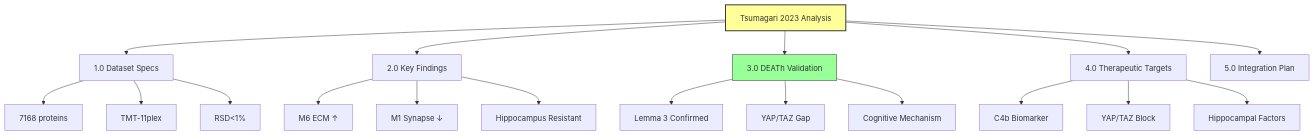
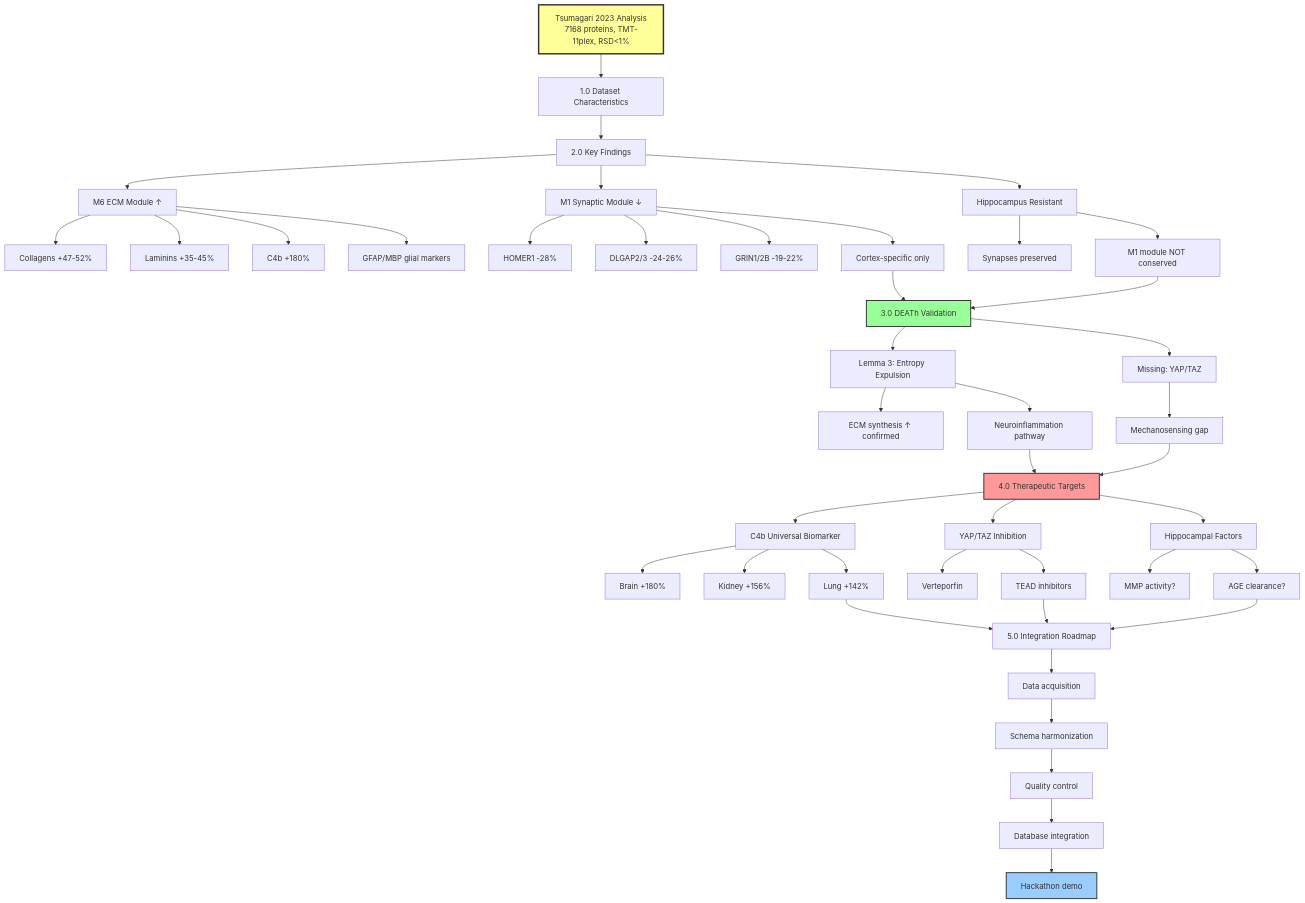
One commit to raimbetov/ecm-atlas changed the diagram in documentation/Brain_ECM_Proteomics_Tsumagari2023.md. Above: the diagram before and after it, drawn with Mermaid. The commit also changed other lines of this file, not shown here.

First line of the commit message:
docs: remove Python and SQL code from Tsumagari analysis, keep diagrams

````diff
--- a/documentation/Brain_ECM_Proteomics_Tsumagari2023.md
+++ b/documentation/Brain_ECM_Proteomics_Tsumagari2023.md
@@ -7,27 +7,64 @@
 ```mermaid
 graph TD
-    A[Tsumagari 2023 Analysis] --> B[1.0 Dataset Specs]
-    A --> C[2.0 Key Findings]
-    A --> D[3.0 DEATh Validation]
-    A --> E[4.0 Therapeutic Targets]
-    A --> F[5.0 Integration Plan]
+    A[Tsumagari 2023 Analysis<br/>7168 proteins, TMT-11plex, RSD<1%]
+    A --> B[1.0 Dataset Characteristics]
 
-    B --> B1[7168 proteins]
-    B --> B2[TMT-11plex]
-    B --> B3[RSD<1%]
+    B --> C[2.0 Key Findings]
 
-    C --> C1[M6 ECM ↑]
-    C --> C2[M1 Synapse ↓]
+    C --> C1[M6 ECM Module ↑]
+    C1 --> C1a[Collagens +47-52%]
+    C1 --> C1b[Laminins +35-45%]
+    C1 --> C1c[C4b +180%]
+    C1 --> C1d[GFAP/MBP glial markers]
+
+    C --> C2[M1 Synaptic Module ↓]
+    C2 --> C2a[HOMER1 -28%]
+    C2 --> C2b[DLGAP2/3 -24-26%]
+    C2 --> C2c[GRIN1/2B -19-22%]
+    C2 --> C2d[Cortex-specific only]
+
     C --> C3[Hippocampus Resistant]
+    C3 --> C3a[Synapses preserved]
+    C3 --> C3b[M1 module NOT conserved]
 
-    D --> D1[Lemma 3 Confirmed]
-    D --> D2[YAP/TAZ Gap]
-    D --> D3[Cognitive Mechanism]
+    C2d --> D[3.0 DEATh Validation]
+    C3b --> D
 
-    E --> E1[C4b Biomarker]
-    E --> E2[YAP/TAZ Block]
+    D --> D1[Lemma 3: Entropy Expulsion]
+    D1 --> D1a[ECM synthesis ↑ confirmed]
+    D1 --> D1b[Neuroinflammation pathway]
+
+    D --> D2[Missing: YAP/TAZ]
+    D2 --> D2a[Mechanosensing gap]
+
+    D1b --> E[4.0 Therapeutic Targets]
+    D2a --> E
+
+    E --> E1[C4b Universal Biomarker]
+    E1 --> E1a[Brain +180%]
+    E1 --> E1b[Kidney +156%]
+    E1 --> E1c[Lung +142%]
+
+    E --> E2[YAP/TAZ Inhibition]
+    E2 --> E2a[Verteporfin]
+    E2 --> E2b[TEAD inhibitors]
+
     E --> E3[Hippocampal Factors]
+    E3 --> E3a[MMP activity?]
+    E3 --> E3b[AGE clearance?]
 
-    style A fill:#ff9,stroke:#333,stroke-width:2px
-    style D fill:#9f9,stroke:#333
+    E1c --> F[5.0 Integration Roadmap]
+    E2b --> F
+    E3b --> F
+
+    F --> F1[Data acquisition]
+    F1 --> F2[Schema harmonization]
+    F2 --> F3[Quality control]
+    F3 --> F4[Database integration]
+    F4 --> F5[Hackathon demo]
+
+    style A fill:#ff9,stroke:#333,stroke-width:3px
+    style D fill:#9f9,stroke:#333,stroke-width:2px
+    style E fill:#f99,stroke:#333,stroke-width:2px
+    style F5 fill:#9cf,stroke:#333,stroke-width:2px
 ```
````
